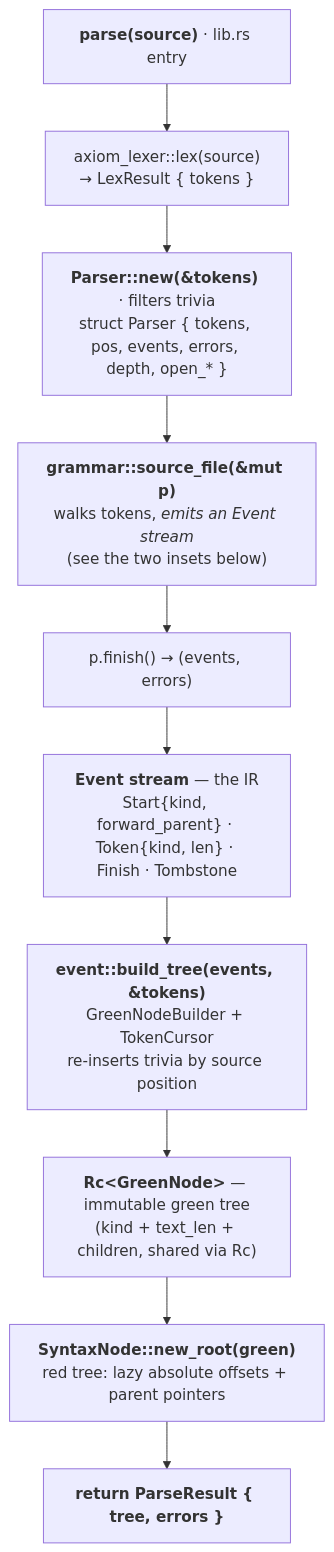
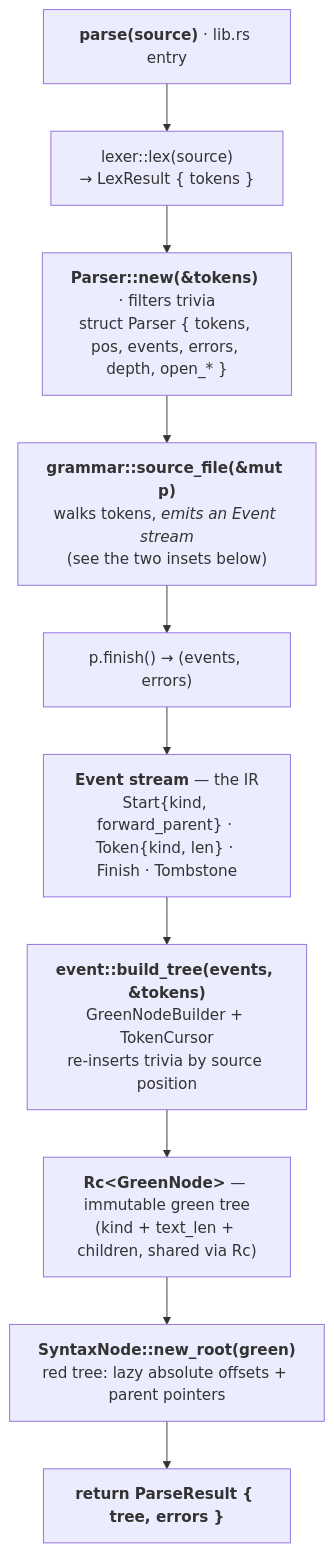
The first of 3 diagrams in crates/parser/README.md (sabinbajracharya/axiom), drawn with Mermaid before and after one commit. The commit also changed other lines of this file and 7 other files, not shown here.

````diff
--- a/crates/parser/README.md
+++ b/crates/parser/README.md
@@ -29,12 +29,12 @@
 ```mermaid
 flowchart TD
-    A["<b>parse(source)</b> &middot; lib.rs entry"] --> L["axiom_lexer::lex(source)<br/>→ LexResult { tokens }"]
+    A["<b>parse(source)</b> &middot; lib.rs entry"] --> L["lexer::lex(source)<br/>→ LexResult { tokens }"]
     L --> N["<b>Parser::new(&amp;tokens)</b> &middot; filters trivia<br/>struct Parser { tokens, pos, events, errors, depth, open_* }"]
     N --> G["<b>grammar::source_file(&amp;mut p)</b><br/>walks tokens, <i>emits an Event stream</i><br/>(see the two insets below)"]
     G --> F["p.finish() → (events, errors)"]
     F --> EV["<b>Event stream</b> — the IR<br/>Start{kind, forward_parent} &middot; Token{kind, len} &middot; Finish &middot; Tombstone"]
     EV --> BT["<b>event::build_tree(events, &amp;tokens)</b><br/>GreenNodeBuilder + TokenCursor<br/>re-inserts trivia by source position"]
     BT --> GT["<b>Rc&lt;GreenNode&gt;</b> — immutable green tree<br/>(kind + text_len + children, shared via Rc)"]
     GT --> RR["<b>SyntaxNode::new_root(green)</b><br/>red tree: lazy absolute offsets + parent pointers"]
     RR --> PR["<b>return ParseResult { tree, errors }</b>"]
 ```
````
